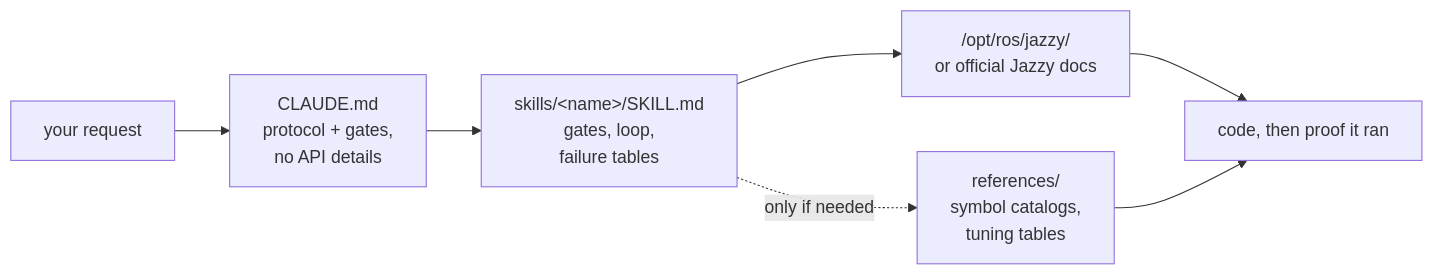
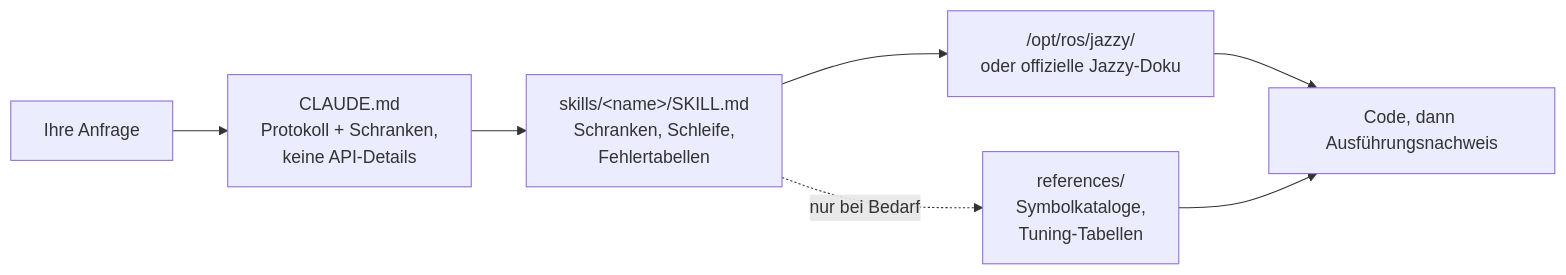
Before and after one commit to Leehyunbin0131/claude-ros2-skills: the diagram in README.de.md, drawn with Mermaid. The commit also changed other lines of this file and 6 other files, not shown here.

````diff
--- a/README.de.md
+++ b/README.de.md
@@ -155,9 +155,9 @@
 ```mermaid
 flowchart LR
-    A["your request"] --> B["CLAUDE.md<br/>protocol + gates,<br/>no API details"]
-    B --> C["skills/&lt;name&gt;/SKILL.md<br/>gates, loop,<br/>failure tables"]
-    C --> D["/opt/ros/jazzy/<br/>or official Jazzy docs"]
-    C -.only if needed.-> R["references/<br/>symbol catalogs,<br/>tuning tables"]
-    D --> E["code, then proof it ran"]
+    A["Ihre Anfrage"] --> B["CLAUDE.md<br/>Protokoll + Schranken,<br/>keine API-Details"]
+    B --> C["skills/&lt;name&gt;/SKILL.md<br/>Schranken, Schleife,<br/>Fehlertabellen"]
+    C --> D["/opt/ros/jazzy/<br/>oder offizielle Jazzy-Doku"]
+    C -.nur bei Bedarf.-> R["references/<br/>Symbolkataloge,<br/>Tuning-Tabellen"]
+    D --> E["Code, dann Ausführungsnachweis"]
     R --> E
 ```
````
